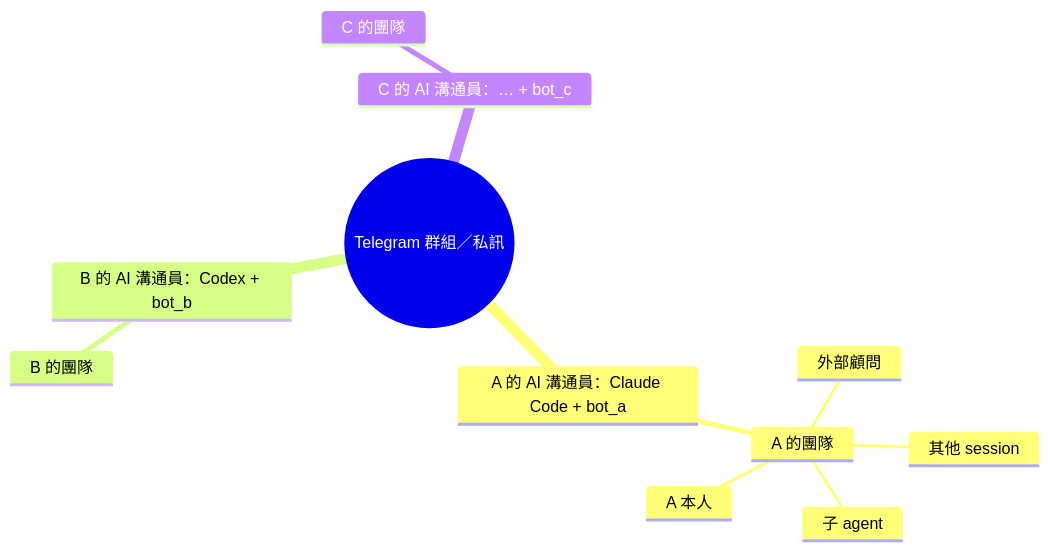
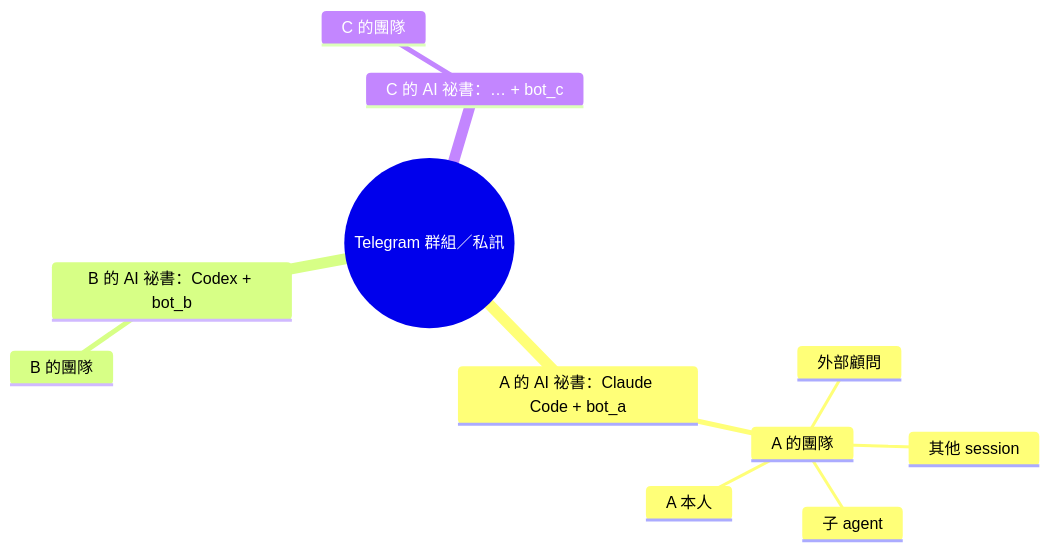
One commit to marshung24/ai-agent-skills changed the diagram in plugins/mh-telegram-ai-team/skills/mh-telegram-ai-team/SKILL.md. Above: the diagram before and after it, drawn with Mermaid. The commit also changed other lines of this file and 9 other files, not shown here.

````diff
--- a/plugins/mh-telegram-ai-team/skills/mh-telegram-ai-team/SKILL.md
+++ b/plugins/mh-telegram-ai-team/skills/mh-telegram-ai-team/SKILL.md
@@ -23,14 +23,14 @@
 ```mermaid
 mindmap
   root((Telegram 群組／私訊))
-    A 的 AI 溝通員：Claude Code + bot_a
+    A 的 AI 祕書：Claude Code + bot_a
       A 的團隊
         其他 session
         子 agent
         外部顧問
         A 本人
-    B 的 AI 溝通員：Codex + bot_b
+    B 的 AI 祕書：Codex + bot_b
       B 的團隊
-    C 的 AI 溝通員：… + bot_c
+    C 的 AI 祕書：… + bot_c
       C 的團隊
 ```
````
